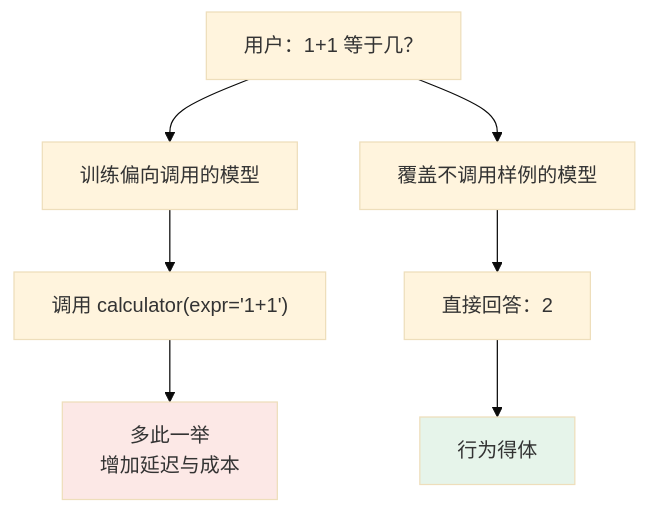
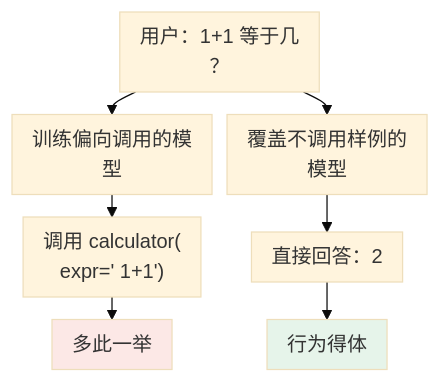
The second of 5 diagrams in docs/tools/01-function-calling/02-tool-learning.zh.md (zongyangbigpolo/awesome-ai-roadmap), drawn with Mermaid (base theme) before and after one commit. The commit also changed other lines of this file and 320 other files, not shown here.

First line of the commit message:
Prepare compact bilingual diagrams and centralized references for Kindle RC2

````diff
--- a/docs/tools/01-function-calling/02-tool-learning.zh.md
+++ b/docs/tools/01-function-calling/02-tool-learning.zh.md
@@ -84,13 +92,14 @@
 ```mermaid
+%%{init: {"flowchart": {"nodeSpacing": 12, "rankSpacing": 18, "padding": 8}}}%%
 flowchart TB
-    Q["用户：1+1 等于几？"] --> SFTM["训练偏向调用的模型"]
-    SFTM --> A1["调用 calculator(expr='1+1')"]
-    A1 --> BAD["多此一举<br/>增加延迟与成本"]
+    Q["用户：1+1 等于几<br/>？"] --> SFTM["训练偏向调用的模<br/>型"]
+    SFTM --> A1["调用 calculator(<br/>expr=' 1+1')"]
+    A1 --> BAD["多此一举"]
 
-    Q --> RLM["覆盖不调用样例的模型"]
+    Q --> RLM["覆盖不调用样例的<br/>模型"]
     RLM --> A2["直接回答：2"]
     A2 --> GOOD["行为得体"]
 
     style BAD fill:#fce8e6
     style GOOD fill:#e6f4ea
 ```
````
